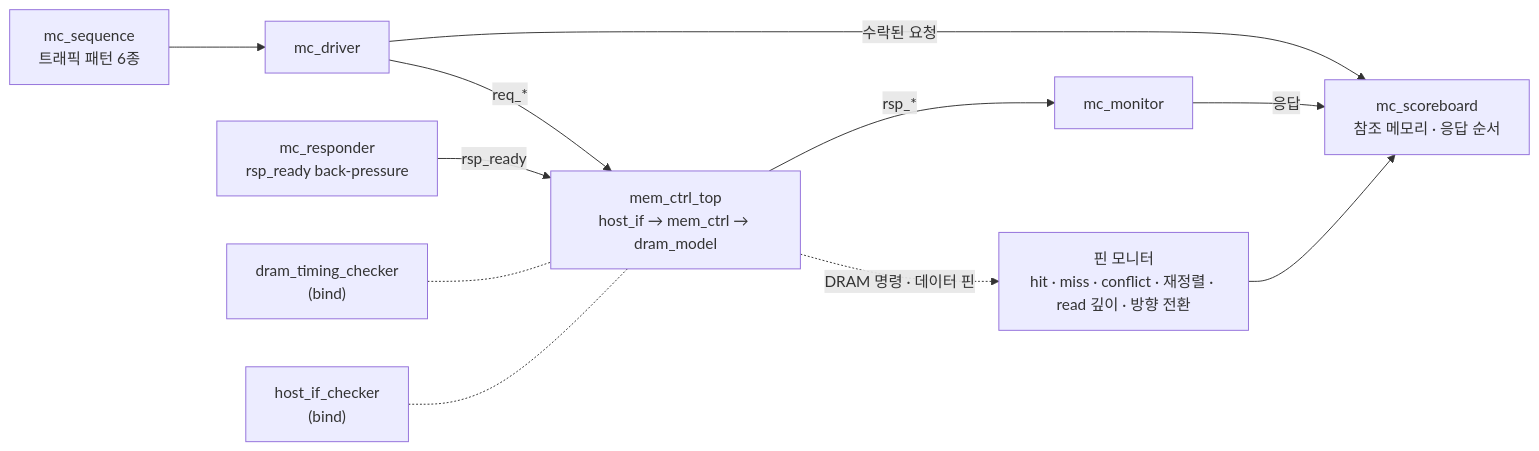
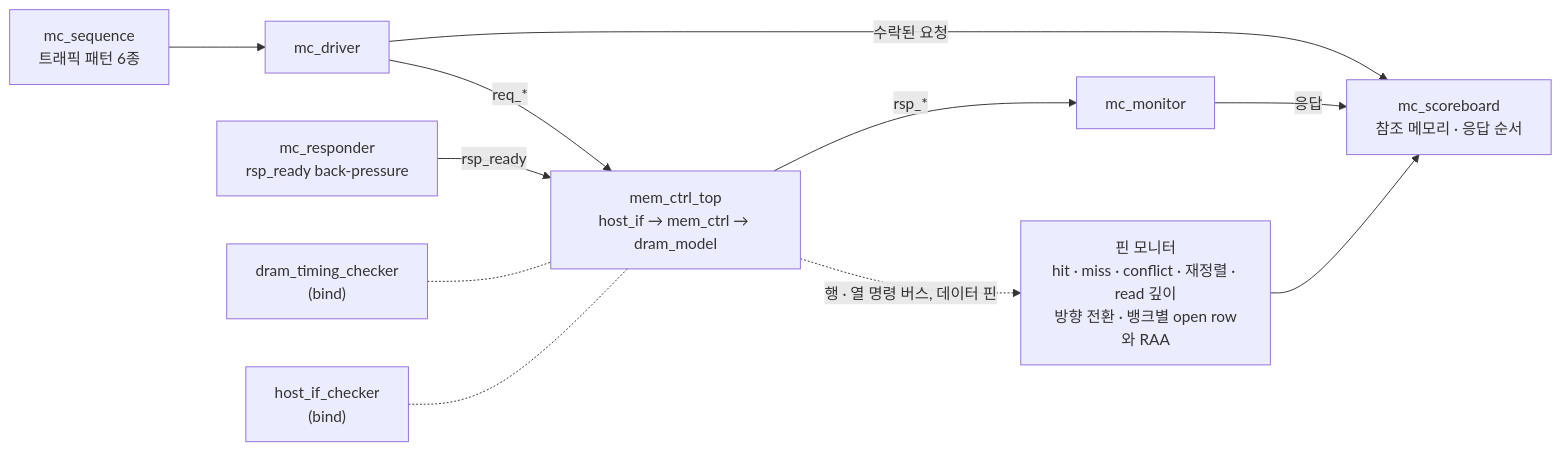
Before and after one commit to yhkwon-git/mini-dram-controller: the diagram in docs/verification.md, drawn with Mermaid. The commit also changed other lines of this file and 8 other files, not shown here.

````diff
--- a/docs/verification.md
+++ b/docs/verification.md
@@ -7,13 +7,13 @@
 ```mermaid
 flowchart LR
   SEQ["mc_sequence<br/>트래픽 패턴 6종"] --> DRV["mc_driver"]
   DRV -->|"req_*"| DUT["mem_ctrl_top<br/>host_if → mem_ctrl → dram_model"]
   RSP["mc_responder<br/>rsp_ready back-pressure"] -->|"rsp_ready"| DUT
   DUT -->|"rsp_*"| MON["mc_monitor"]
   DRV -->|"수락된 요청"| SB["mc_scoreboard<br/>참조 메모리 · 응답 순서"]
   MON -->|"응답"| SB
-  DUT -.->|"DRAM 명령 · 데이터 핀"| PIN["핀 모니터<br/>hit · miss · conflict · 재정렬 · read 깊이 · 방향 전환"]
+  DUT -.->|"행 · 열 명령 버스, 데이터 핀"| PIN["핀 모니터<br/>hit · miss · conflict · 재정렬 · read 깊이<br/>방향 전환 · 뱅크별 open row와 RAA"]
   PIN --> SB
   TCHK["dram_timing_checker<br/>(bind)"] -.- DUT
   HCHK["host_if_checker<br/>(bind)"] -.- DUT
 ```
````
